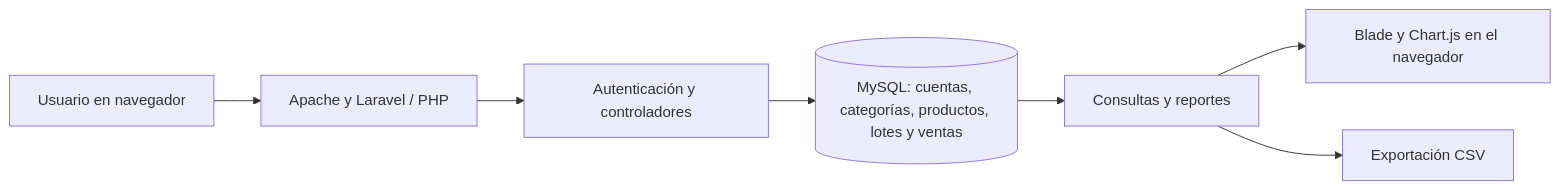
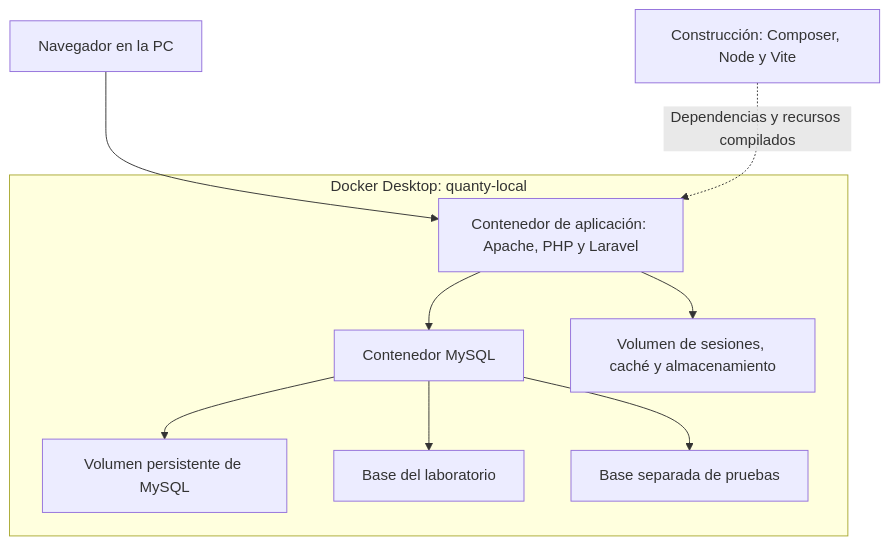
One commit to Eliasxgg/caso-inventario-ventas changed the fourth of 4 diagrams in docs/ARQUITECTURA.md. Above: the diagram before and after it, drawn with Mermaid. The commit also changed other lines of this file and 9 other files, not shown here.

````diff
--- a/docs/ARQUITECTURA.md
+++ b/docs/ARQUITECTURA.md
@@ -5,9 +165,12 @@
 ```mermaid
-flowchart LR
-    U[Usuario en navegador] --> W[Apache y Laravel / PHP]
-    W --> A[Autenticación y controladores]
-    A --> M[(MySQL: cuentas, categorías, productos, lotes y ventas)]
-    M --> R[Consultas y reportes]
-    R --> V[Blade y Chart.js en el navegador]
-    R --> C[Exportación CSV]
+flowchart TD
+    N["Navegador en la PC"] --> A
+    subgraph D["Docker Desktop: quanty-local"]
+      A["Contenedor de aplicación: Apache, PHP y Laravel"] --> M["Contenedor MySQL"]
+      A --> S["Volumen de sesiones, caché y almacenamiento"]
+      M --> V["Volumen persistente de MySQL"]
+      M --> B["Base del laboratorio"]
+      M --> T["Base separada de pruebas"]
+    end
+    C["Construcción: Composer, Node y Vite"] -. "Dependencias y recursos compilados" .-> A
 ```
````
